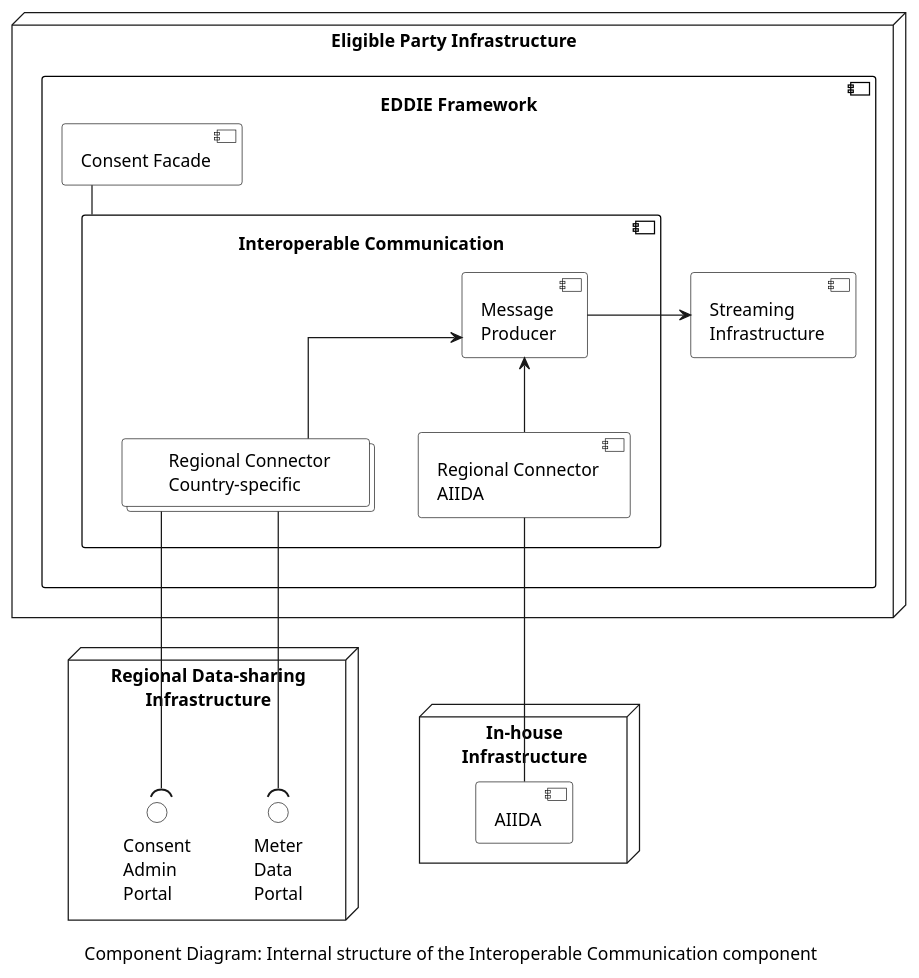
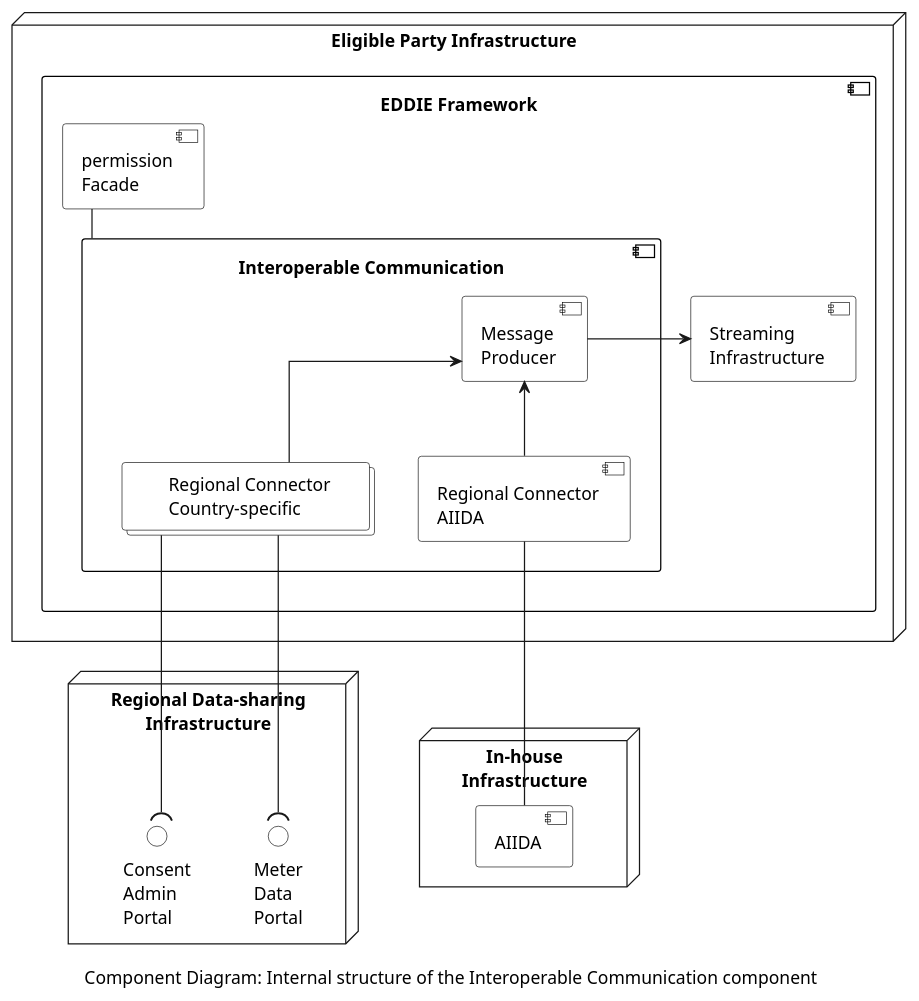
Before and after one commit to eddie-energy/architecture: the diagram in arc42/05-building-block-view/components/components/interoperable-comm/figures/inter-comm.puml, drawn with PlantUML. The commit also changed 58 other files, not shown here.

Commit message:
minor updates, typos, figure naming etc

```diff
--- a/arc42/05-building-block-view/components/components/interoperable-comm/figures/inter-comm.puml
+++ b/arc42/05-building-block-view/components/components/interoperable-comm/figures/inter-comm.puml
@@ -1,63 +1,63 @@
 @startuml inter-comm
 'component diagram
 caption Component Diagram: Internal structure of the Interoperable Communication component
 
 skinparam linetype ortho
 skinparam interface {
   backgroundColor transparent
   borderColor black
 }
 skinparam component{
   BorderColor black
   BackgroundColor transparent
 }
 skinparam collections{
   BorderColor black
   BackgroundColor white
 }
 skinparam database{
   BorderColor black
   BackgroundColor transparent
 }
 skinparam rectangle{
   BorderColor transparent
   BackgroundColor transparent
   FontColor transparent
 }
 
 node "Eligible Party Infrastructure"  as epInfra{
   component "EDDIE Framework" as eddie {
-  component "Consent Facade" as consentFacade
+  component "permission\nFacade" as consentFacade
   component "Interoperable Communication" as comm {
     collections "\tRegional Connector\t  \n\tCountry-specific" as regCon
     component "Regional Connector\nAIIDA" as regConAIIDA
     component "Message\nProducer" as messageProducer
     
     regCon -up-> messageProducer
     regConAIIDA -up-> messageProducer
   }
   component "Streaming\nInfrastructure" as database
   
   consentFacade -down- comm
   messageProducer -right-> database
   }  
 }
 node "Regional Data-sharing\nInfrastructure" as energyProvider{
   interface "Meter\nData\nPortal" as dataPortal
   interface "Consent\nAdmin\nPortal" as adminPortal
 }
 
 node "In-house\nInfrastructure" {
   component "AIIDA" as aiida
 }
 
 regCon -down-( dataPortal
 regCon -down-( adminPortal
 regConAIIDA -down- aiida
 
 ' aiida -left- energyProvider
 
 
 
 
 @enduml
```
